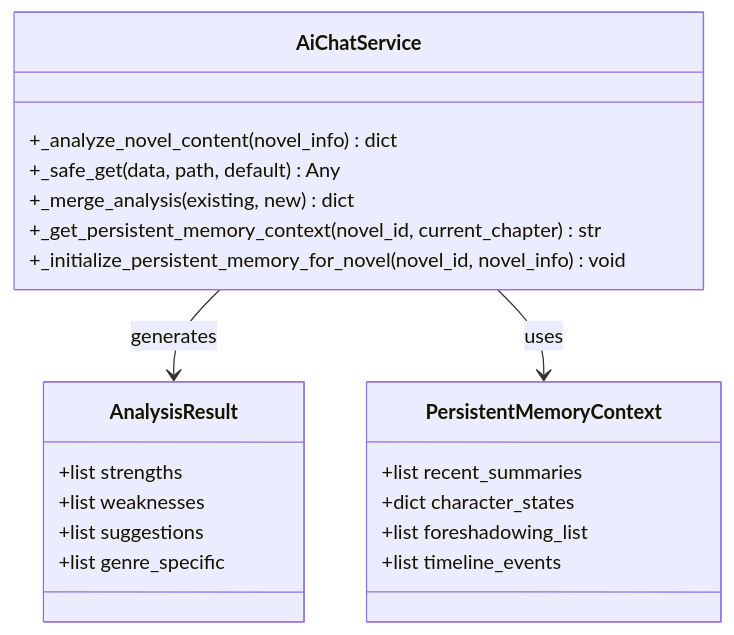
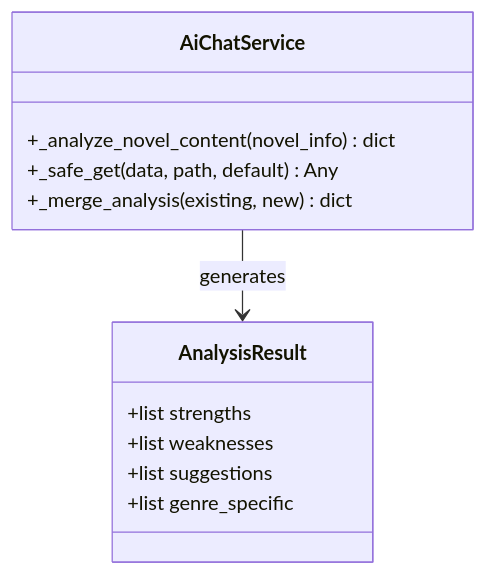
One commit to xfbyxq/ai-novel-system changed diagram 16 of 18 in .qoder/repowiki/zh/content/Ai Chat Service.md. Above: the diagram before and after it, drawn with Mermaid. The commit also changed other lines of this file and 38 other files, not shown here.

````diff
--- a/.qoder/repowiki/zh/content/Ai Chat Service.md
+++ b/.qoder/repowiki/zh/content/Ai Chat Service.md
@@ -727,24 +595,15 @@
 ```mermaid
 classDiagram
 class AiChatService {
 +_analyze_novel_content(novel_info) dict
 +_safe_get(data, path, default) Any
 +_merge_analysis(existing, new) dict
-+_get_persistent_memory_context(novel_id, current_chapter) str
-+_initialize_persistent_memory_for_novel(novel_id, novel_info) void
 }
 class AnalysisResult {
 +list strengths
 +list weaknesses
 +list suggestions
 +list genre_specific
 }
-class PersistentMemoryContext {
-+list recent_summaries
-+dict character_states
-+list foreshadowing_list
-+list timeline_events
-}
 AiChatService --> AnalysisResult : generates
-AiChatService --> PersistentMemoryContext : uses
 ```
````
